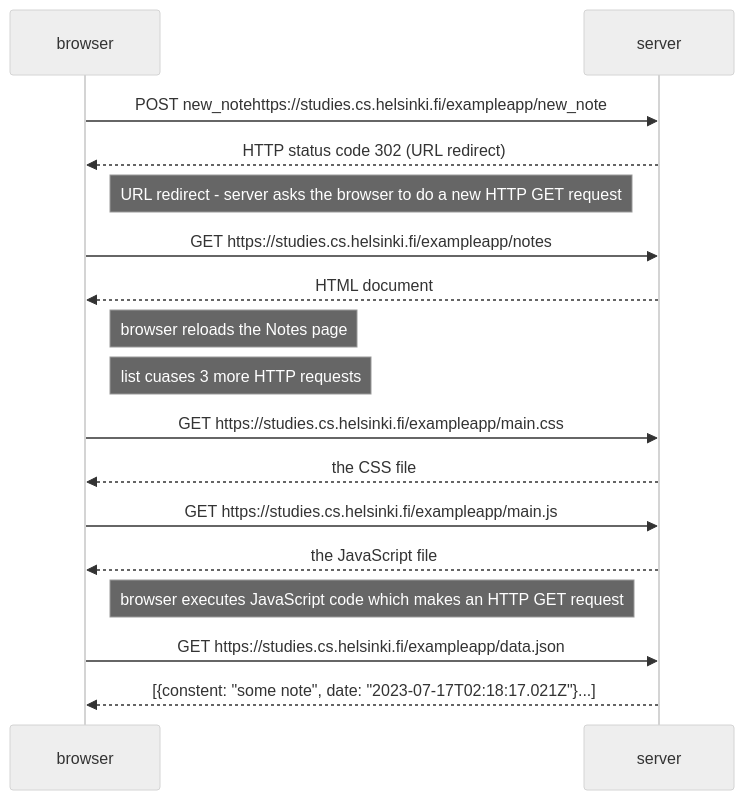
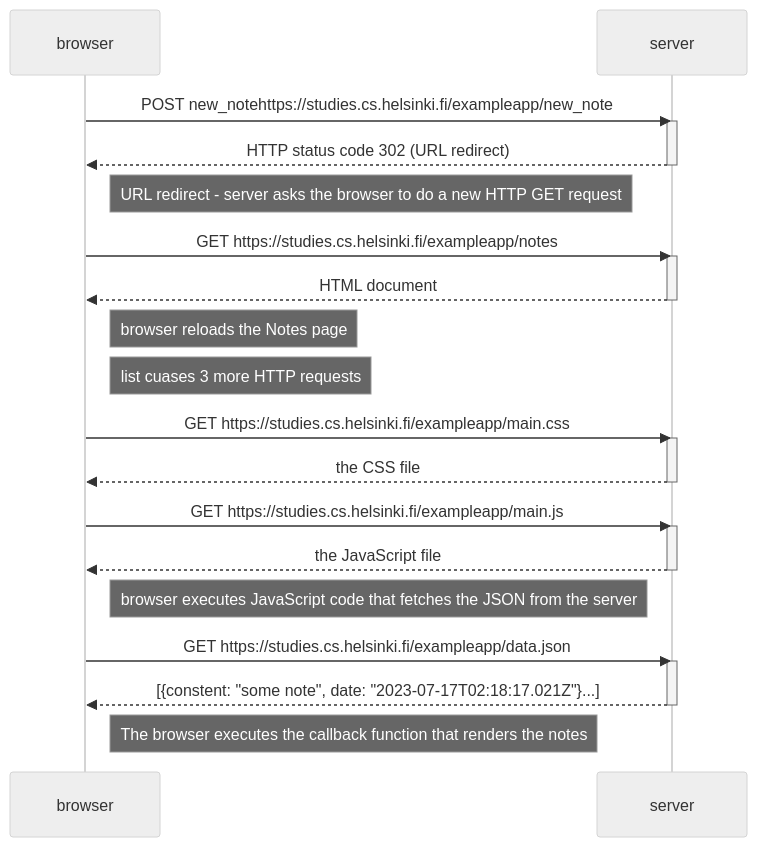
One commit to jenniferrnguyen/Fullstack-Open changed the diagram in part_0/0.4/new_note_sequence_diagram.md. Above: the diagram before and after it, drawn with Mermaid (neutral theme).

Commit message:
Update new_note_sequence_diagram.md
added activate server and deactovate server commands to diagram

````diff
--- a/part_0/0.4/new_note_sequence_diagram.md
+++ b/part_0/0.4/new_note_sequence_diagram.md
@@ -1,21 +1,39 @@
 ```mermaid
 sequenceDiagram
+participant browser
+participant server
+
 browser->>server: POST new_notehttps://studies.cs.helsinki.fi/exampleapp/new_note
+activate server
 server-->>browser: HTTP status code 302 (URL redirect)
+deactivate server
+
 Note right of browser: URL redirect - server asks the browser to do a new HTTP GET request
 
 browser->>server: GET https://studies.cs.helsinki.fi/exampleapp/notes
+activate server
 server-->>browser: HTML document
+deactivate server
+
 Note right of browser: browser reloads the Notes page
 Note right of browser: list cuases 3 more HTTP requests
 
 browser->>server: GET https://studies.cs.helsinki.fi/exampleapp/main.css
+activate server
 server-->>browser: the CSS file
+deactivate server
 
 browser->>server: GET https://studies.cs.helsinki.fi/exampleapp/main.js
+activate server
 server-->>browser: the JavaScript file
-Note right of browser: browser executes JavaScript code which makes an HTTP GET request
+deactivate server
+
+Note right of browser: browser executes JavaScript code that fetches the JSON from the server
 
 browser->>server: GET https://studies.cs.helsinki.fi/exampleapp/data.json
+activate server
 server-->>browser: [{constent: "some note", date: "2023-07-17T02:18:17.021Z"}...]
+deactivate server
+
+Note right of browser: The browser executes the callback function that renders the notes
 ```
````
